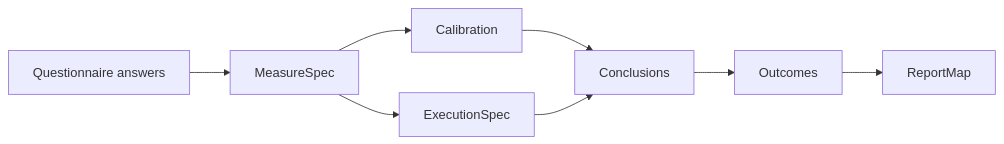
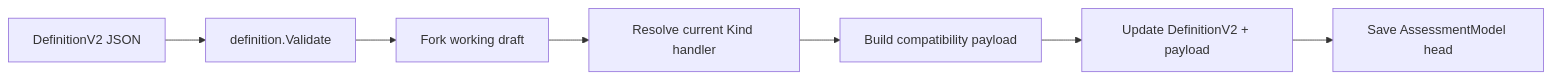
The first of 3 diagrams in docs/02-业务模块/20-model-catalog/20-核心设计-DefinitionV2与模型扩展.md (FangcunMount/qs-server), drawn with Mermaid before and after one commit. The commit also changed other lines of this file and 24 other files, not shown here.

````diff
--- a/docs/02-业务模块/20-model-catalog/20-核心设计-DefinitionV2与模型扩展.md
+++ b/docs/02-业务模块/20-model-catalog/20-核心设计-DefinitionV2与模型扩展.md
@@ -32,18 +396,12 @@
 ```mermaid
 flowchart LR
-    Q["Questionnaire answers"]
-    M["MeasureSpec"]
-    C["Calibration"]
-    E["ExecutionSpec"]
-    D["Conclusions"]
-    O["Outcomes"]
-    R["ReportMap"]
+    J["DefinitionV2 JSON"]
+    V["definition.Validate"]
+    F["Fork working draft"]
+    H["Resolve current Kind handler"]
+    B["Build compatibility payload"]
+    U["Update DefinitionV2 + payload"]
+    M["Save AssessmentModel head"]
 
-    Q --> M
-    M --> C
-    M --> E
-    C --> D
-    E --> D
-    D --> O
-    O --> R
+    J --> V --> F --> H --> B --> U --> M
 ```
````
